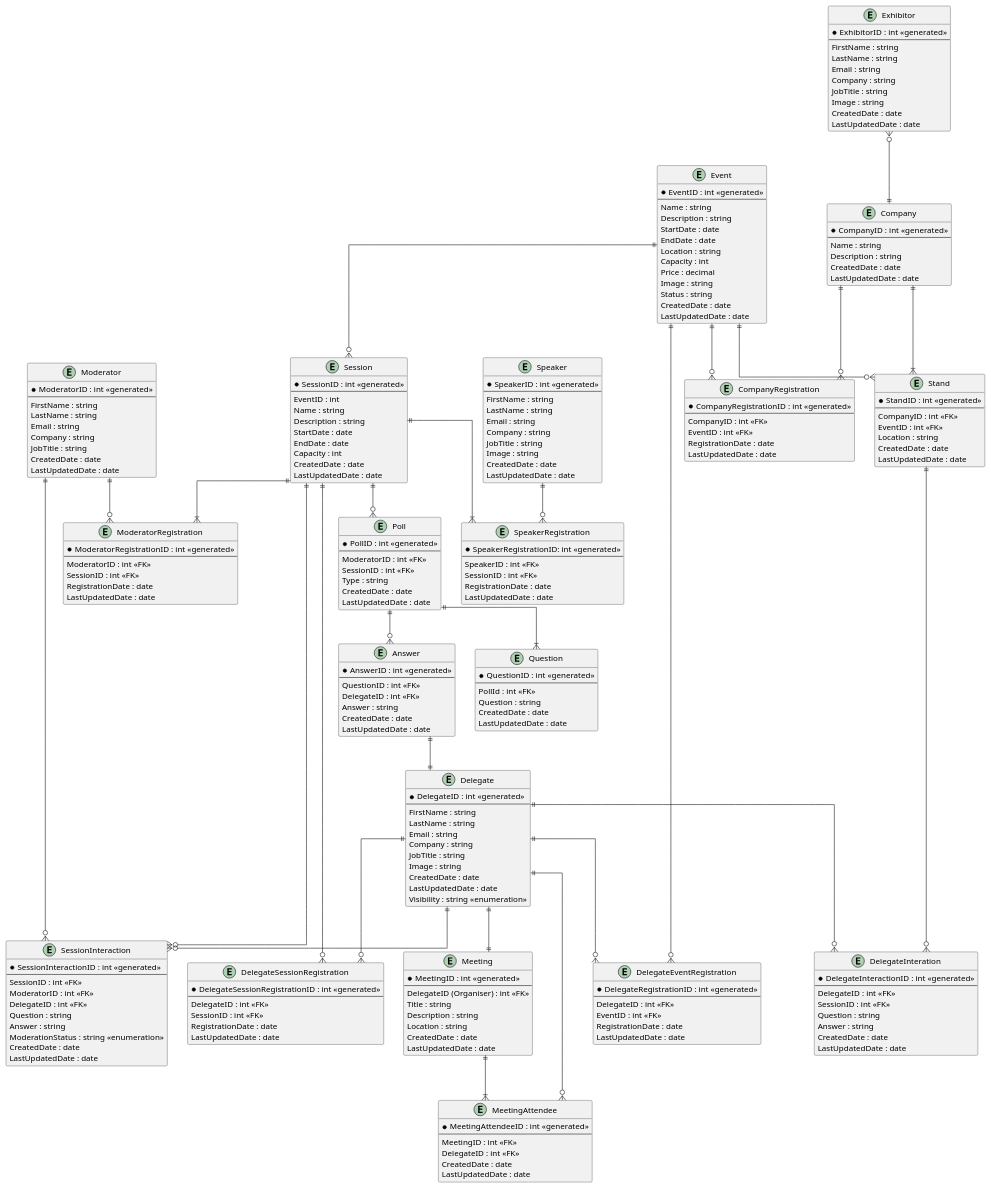
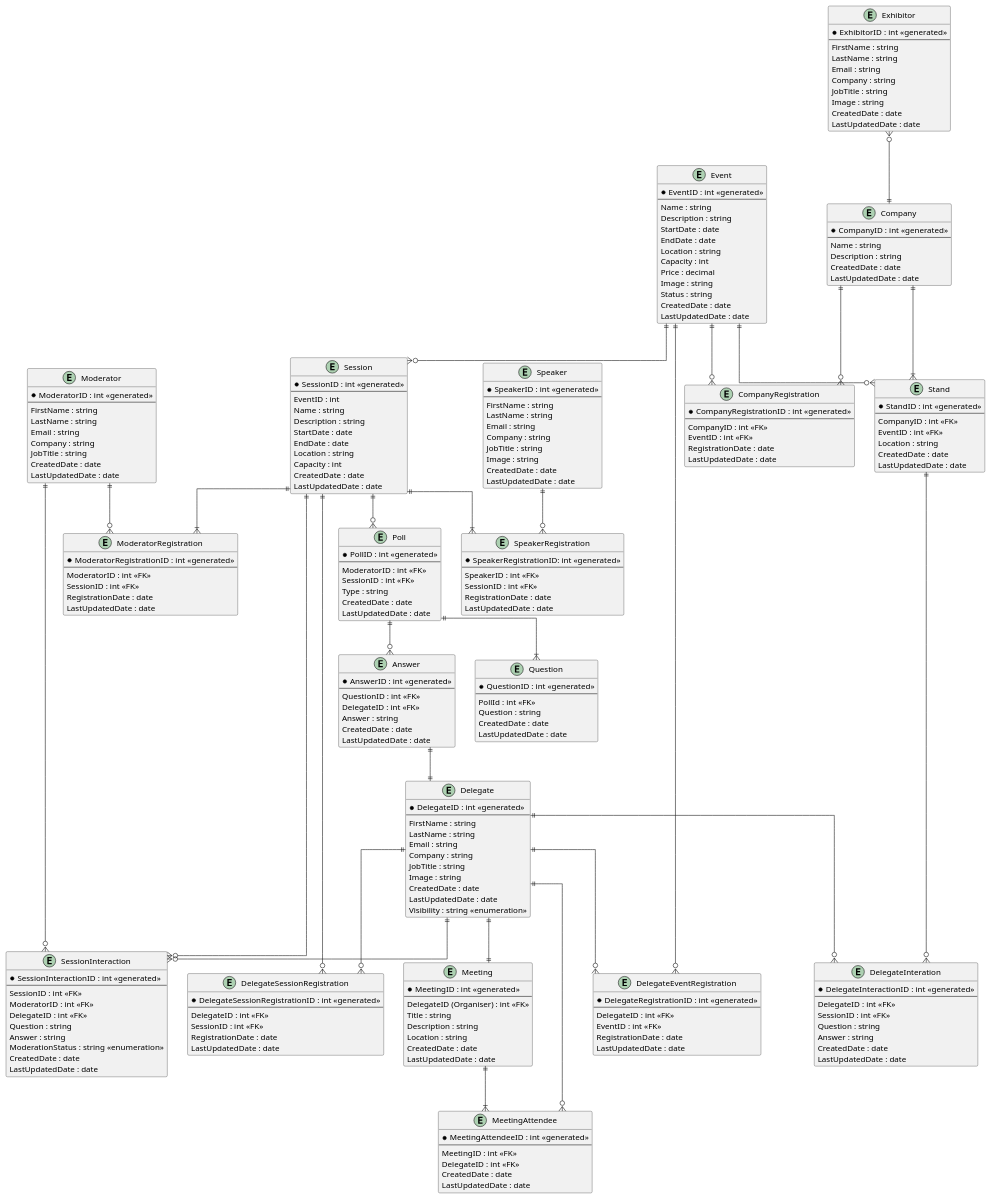
One commit to CSC-40084-Group-7/BMI2-UML changed the diagram in BookMeIn2-EntityRelationshipDiagram.puml. Above: the diagram before and after it, drawn with PlantUML.

```diff
--- a/BookMeIn2-EntityRelationshipDiagram.puml
+++ b/BookMeIn2-EntityRelationshipDiagram.puml
@@ -99,6 +99,7 @@
     Description : string
     StartDate : date
     EndDate : date
+    Location : string
     Capacity : int
     CreatedDate : date
     LastUpdatedDate : date
```
